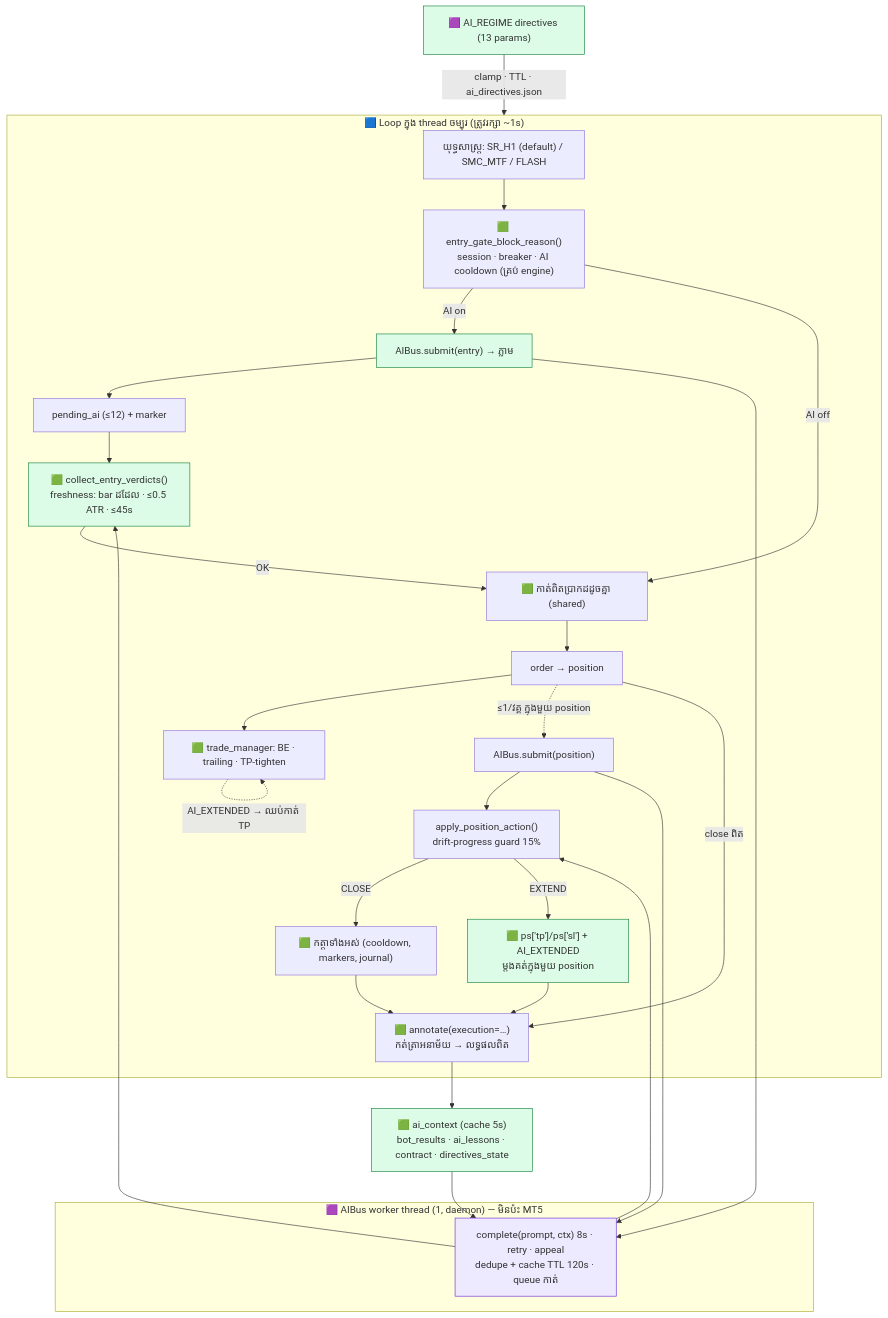
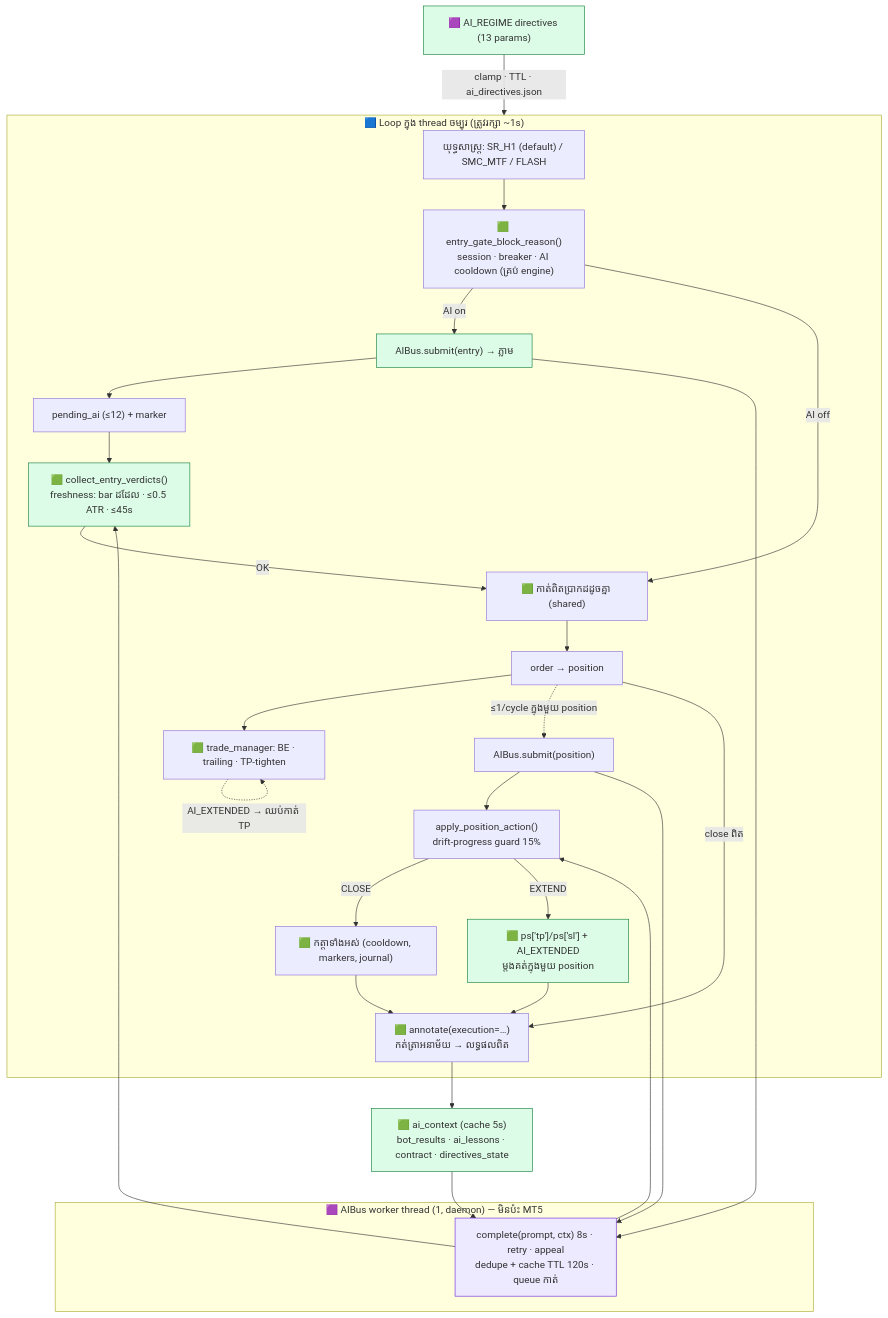
Before and after one commit to mateho-369/bot-trade: the second of 3 diagrams in docs/FLOW_AI_BOT.md, drawn with Mermaid. The commit also changed other lines of this file and 11 other files, not shown here.

````diff
--- a/docs/FLOW_AI_BOT.md
+++ b/docs/FLOW_AI_BOT.md
@@ -71,35 +71,35 @@
 ```mermaid
 flowchart TD
     subgraph L0["🟦 Loop ក្នុង thread ចម្បុរ (ត្រូវរក្សា ~1s)"]
         S["យុទ្ធសាស្ត្រ: SR_H1 (default) / SMC_MTF / FLASH"] --> G1["🟩 entry_gate_block_reason()<br/>session · breaker · AI cooldown (គ្រប់ engine)"]
         G1 -->|"AI on"| BUS["AIBus.submit(entry) → ភ្លាម"]
         BUS --> PA["pending_ai (≤12) + marker"]
         G1 -->|"AI off"| DR["🟩 កាត់ពិតប្រាកដដូចគ្នា (shared)"]
         PA --> COL["🟩 collect_entry_verdicts()<br/>freshness: bar ដដែល · ≤0.5 ATR · ≤45s"]
         COL -->|OK| DR
         DR --> ORD["order → position"]
         ORD --> TM["🟩 trade_manager: BE · trailing · TP-tighten"]
-        ORD -.->|"≤1/វគ្គ ក្នុងមួយ position"| BUS2["AIBus.submit(position)"]
+        ORD -.->|"≤1/cycle ក្នុងមួយ position"| BUS2["AIBus.submit(position)"]
         TM -.->|"AI_EXTENDED → ឈប់កាត់ TP"| TM
         BUS2 --> COL2["apply_position_action()<br/>drift-progress guard 15%"]
         COL2 -->|"CLOSE"| CK["🟩 កត្តាទាំងអស់ (cooldown, markers, journal)"]
         COL2 -->|"EXTEND"| EX["🟩 ps['tp']/ps['sl'] + AI_EXTENDED<br/>ម្តងគត់ក្នុងមួយ position"]
         CK --> JL["🟩 annotate(execution=…)<br/>កត់ត្រាអនាម័យ → លទ្ធផលពិត"]
         EX --> JL
         ORD -->|"close ពិត"| JL
     end
     subgraph L1["🟪 AIBus worker thread (1, daemon) — មិនប៉ះ MT5"]
         W["complete(prompt, ctx) 8s · retry · appeal<br/>dedupe + cache TTL 120s · queue កាត់"]
     end
     BUS --> W --> COL
     BUS2 --> W --> COL2
     JL --> CTX["🟩 ai_context (cache 5s)<br/>bot_results · ai_lessons · contract · directives_state"]
     CTX --> W
     DIR["🟪 AI_REGIME directives (13 params)"] -->|"clamp · TTL · ai_directives.json"| L0
     style BUS fill:#dcfce7,stroke:#15803d
     style COL fill:#dcfce7,stroke:#15803d
     style CTX fill:#dcfce7,stroke:#15803d
     style W fill:#ede9fe,stroke:#6d28d9
     style DIR fill:#dcfce7,stroke:#15803d
     style EX fill:#dcfce7,stroke:#15803d
 ```
````
